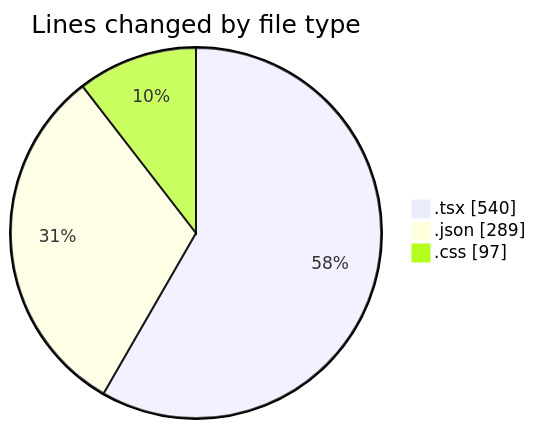
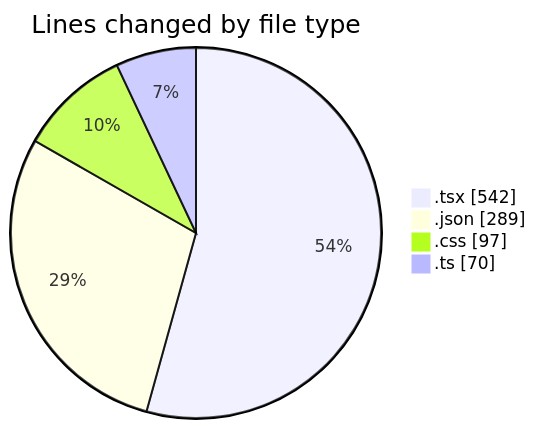
One commit to Elitesun/code-tracking changed the first of 2 diagrams in 2025-05-04/niten/README.md. Above: the diagram before and after it, drawn with Mermaid. The commit also changed other lines of this file and 1 other file, not shown here.

````diff
--- a/2025-05-04/niten/README.md
+++ b/2025-05-04/niten/README.md
@@ -33,7 +34,8 @@
 ```mermaid
 pie showData
 title Lines changed by file type
-".tsx" : 540
+".tsx" : 542
 ".json" : 289
 ".css" : 97
+".ts" : 70
 ```
````
